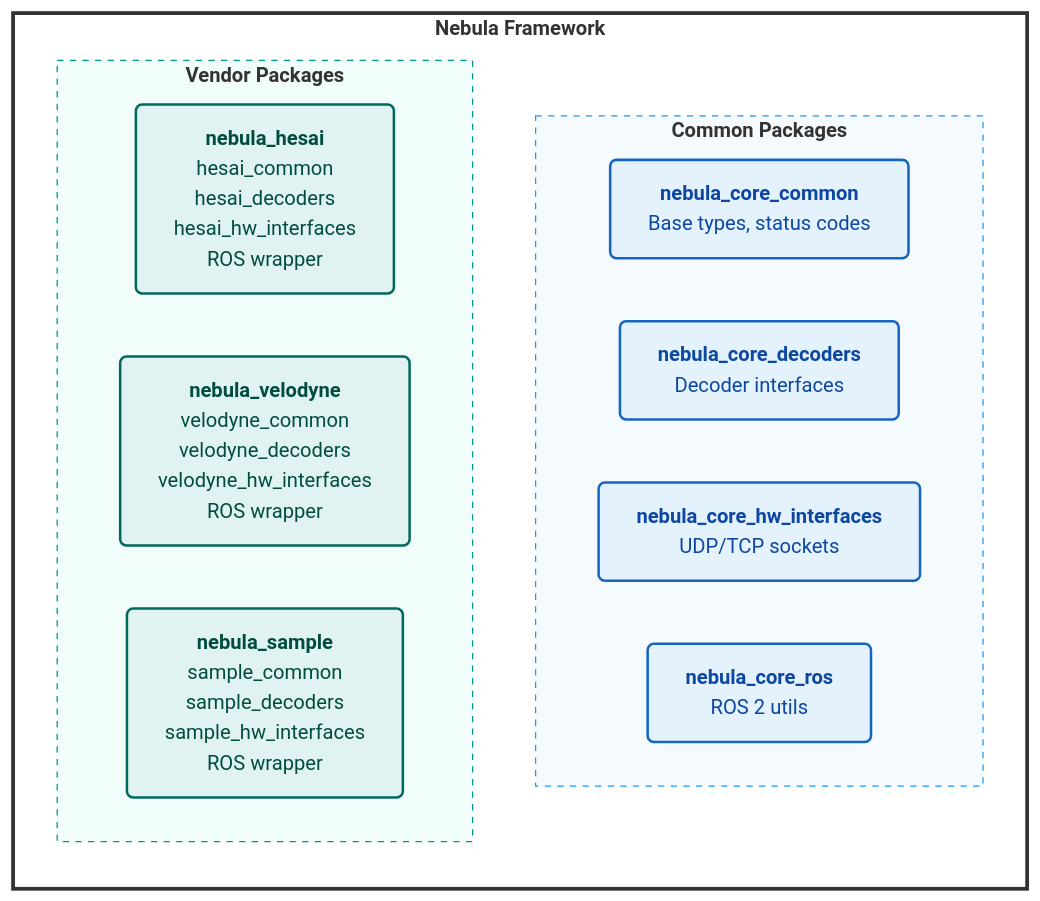
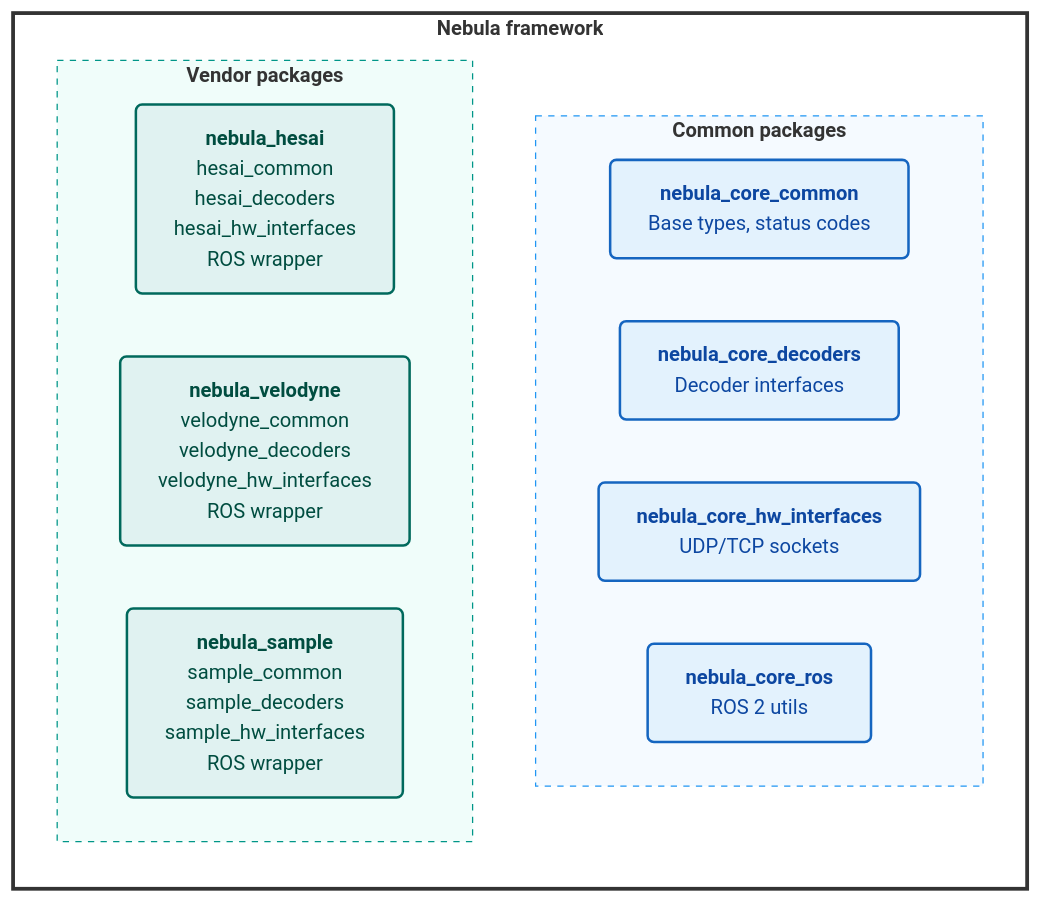
The first of 2 diagrams in docs/integration_guide.md (tier4/nebula), drawn with Mermaid before and after one commit. The commit also changed other lines of this file and 3 other files, not shown here.

````diff
--- a/docs/integration_guide.md
+++ b/docs/integration_guide.md
@@ -22,37 +22,37 @@
 ```mermaid
 graph TB
     %% --- STYLE DEFINITIONS ---
     %% Blue theme for Common
     classDef common fill:#e3f2fd,stroke:#1565c0,stroke-width:2px,rx:5,ry:5,color:#0d47a1;
 
     %% Teal/Green theme for Vendors
     classDef vendor fill:#e0f2f1,stroke:#00695c,stroke-width:2px,rx:5,ry:5,color:#004d40;
 
     %% --- GRAPH STRUCTURE ---
-    subgraph Nebula["<b>Nebula Framework</b>"]
+    subgraph Nebula["<b>Nebula framework</b>"]
         direction TB
 
-        subgraph Common["<b>Common Packages</b>"]
+        subgraph Common["<b>Common packages</b>"]
             direction LR
             C1["<b>nebula_core_common</b><br/>Base types, status codes"]:::common
             C2["<b>nebula_core_decoders</b><br/>Decoder interfaces"]:::common
             C3["<b>nebula_core_hw_interfaces</b><br/>UDP/TCP sockets"]:::common
             C4["<b>nebula_core_ros</b><br/>ROS 2 utils"]:::common
         end
 
-        subgraph Vendors["<b>Vendor Packages</b>"]
+        subgraph Vendors["<b>Vendor packages</b>"]
             direction LR
             Hesai["<b>nebula_hesai</b><br/>hesai_common<br/>hesai_decoders<br/>hesai_hw_interfaces<br/>ROS wrapper"]:::vendor
 
             Velodyne["<b>nebula_velodyne</b><br/>velodyne_common<br/>velodyne_decoders<br/>velodyne_hw_interfaces<br/>ROS wrapper"]:::vendor
 
             Sample["<b>nebula_sample</b><br/>sample_common<br/>sample_decoders<br/>sample_hw_interfaces<br/>ROS wrapper"]:::vendor
         end
     end
 
     %% --- SUBGRAPH STYLING ---
     %% Style the containers to have dashed borders and light backgrounds
     style Nebula fill:#ffffff,stroke:#333,stroke-width:3px
     style Common fill:#f5faff,stroke:#2196f3,stroke-dasharray: 5 5
     style Vendors fill:#f0fdfa,stroke:#009688,stroke-dasharray: 5 5
 ```
````
